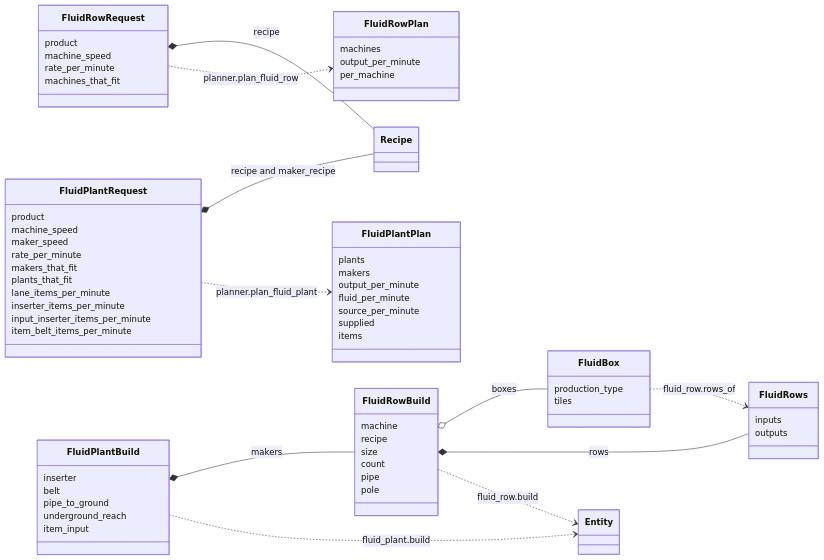
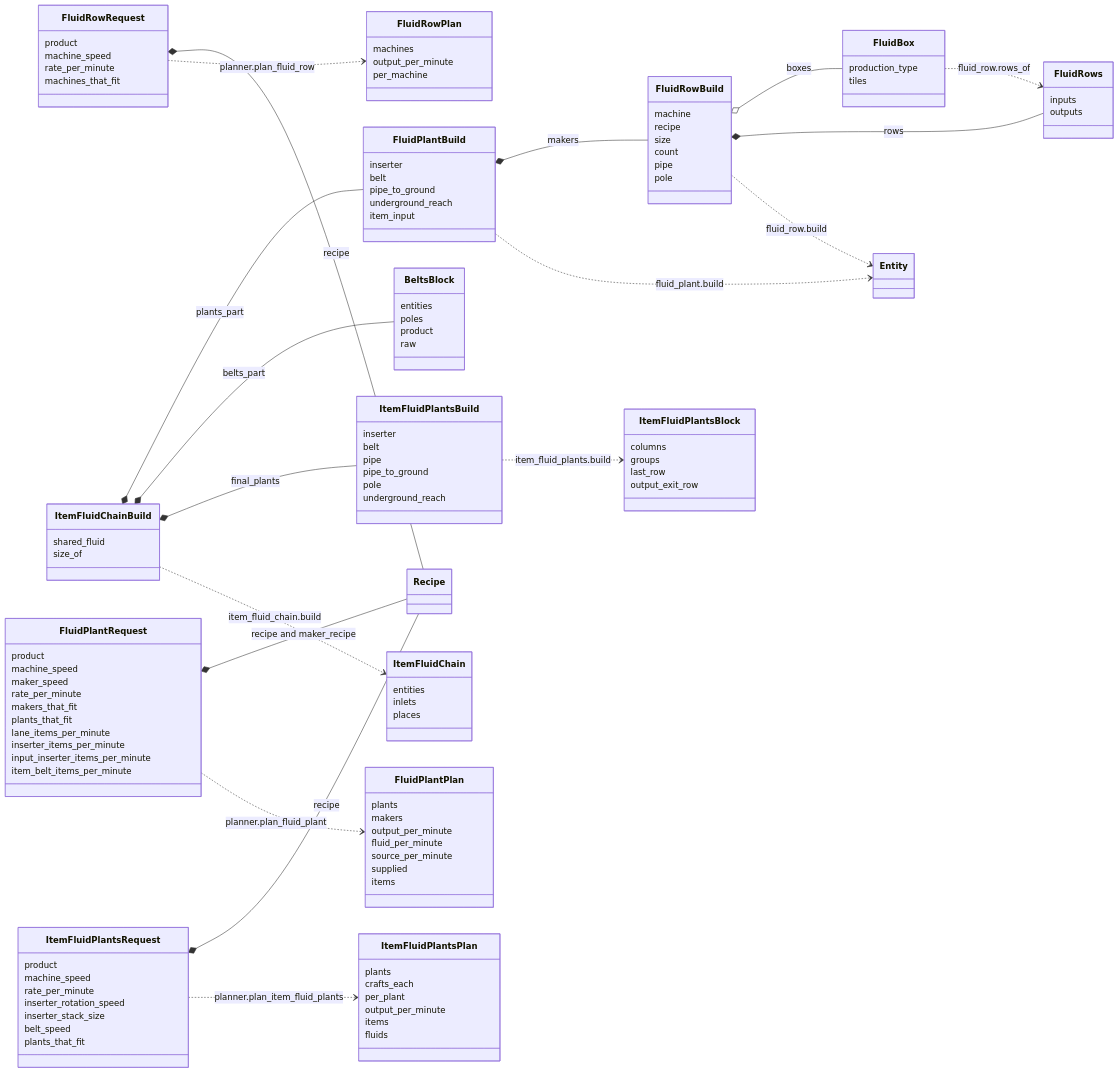
Before and after one commit to RibbonedAce/factorio-blueprint-generation: the sixth of 6 diagrams in TYPES.md, drawn with Mermaid. The commit also changed other lines of this file and 20 other files, not shown here.

```diff
--- a/TYPES.md
+++ b/TYPES.md
@@ -567,6 +581,60 @@
     item_input
   }
 
+  class ItemFluidPlantsRequest {
+    product
+    machine_speed
+    rate_per_minute
+    inserter_rotation_speed
+    inserter_stack_size
+    belt_speed
+    plants_that_fit
+  }
+  class ItemFluidPlantsPlan {
+    plants
+    crafts_each
+    per_plant
+    output_per_minute
+    items
+    fluids
+  }
+  class ItemFluidPlantsBuild {
+    inserter
+    belt
+    pipe
+    pipe_to_ground
+    pole
+    underground_reach
+  }
+  class ItemFluidPlantsBlock {
+    columns
+    groups
+    last_row
+    output_exit_row
+  }
+  class BeltsBlock {
+    entities
+    poles
+    product
+    raw
+  }
+  class ItemFluidChainBuild {
+    shared_fluid
+    size_of
+  }
+  class ItemFluidChain {
+    entities
+    inlets
+    places
+  }
+
+  ItemFluidPlantsRequest *-- Recipe : recipe
+  ItemFluidPlantsRequest ..> ItemFluidPlantsPlan : planner.plan_item_fluid_plants
+  ItemFluidPlantsBuild ..> ItemFluidPlantsBlock : item_fluid_plants.build
+  ItemFluidChainBuild *-- FluidPlantBuild : plants_part
+  ItemFluidChainBuild *-- BeltsBlock : belts_part
+  ItemFluidChainBuild *-- ItemFluidPlantsBuild : final_plants
+  ItemFluidChainBuild ..> ItemFluidChain : item_fluid_chain.build
   FluidRowRequest *-- Recipe : recipe
   FluidPlantRequest *-- Recipe : recipe and maker_recipe
   FluidPlantRequest ..> FluidPlantPlan : planner.plan_fluid_plant
```
